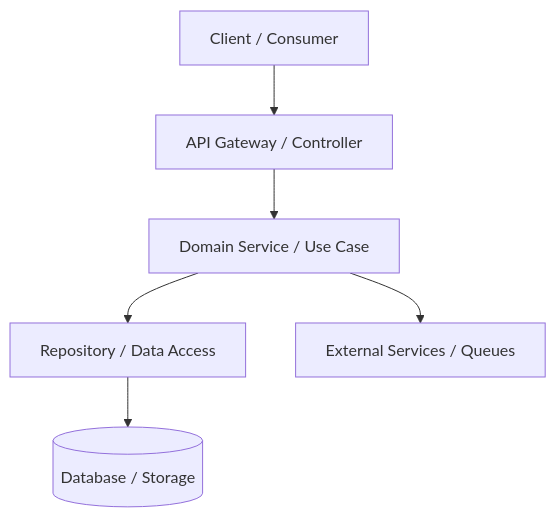
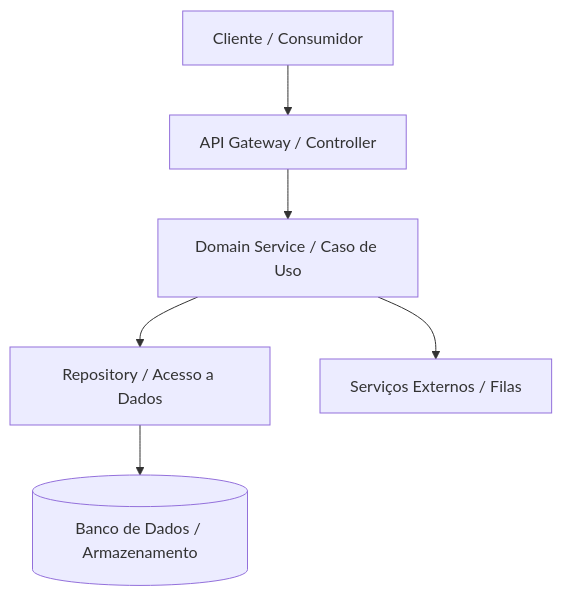
Before and after one commit to Defendi/harness: the diagram in templates/architecture.md, drawn with Mermaid. The commit also changed other lines of this file and 57 other files, not shown here.

````diff
--- a/templates/architecture.md
+++ b/templates/architecture.md
@@ -18,8 +18,8 @@
 ```mermaid
 flowchart TD
-    Client["Client / Consumer"] --> API["API Gateway / Controller"]
-    API --> Service["Domain Service / Use Case"]
-    Service --> Repository["Repository / Data Access"]
-    Repository --> Database[("Database / Storage")]
-    Service --> External["External Services / Queues"]
+    Client["Cliente / Consumidor"] --> API["API Gateway / Controller"]
+    API --> Service["Domain Service / Caso de Uso"]
+    Service --> Repository["Repository / Acesso a Dados"]
+    Repository --> Database[("Banco de Dados / Armazenamento")]
+    Service --> External["Serviços Externos / Filas"]
 ```
````
